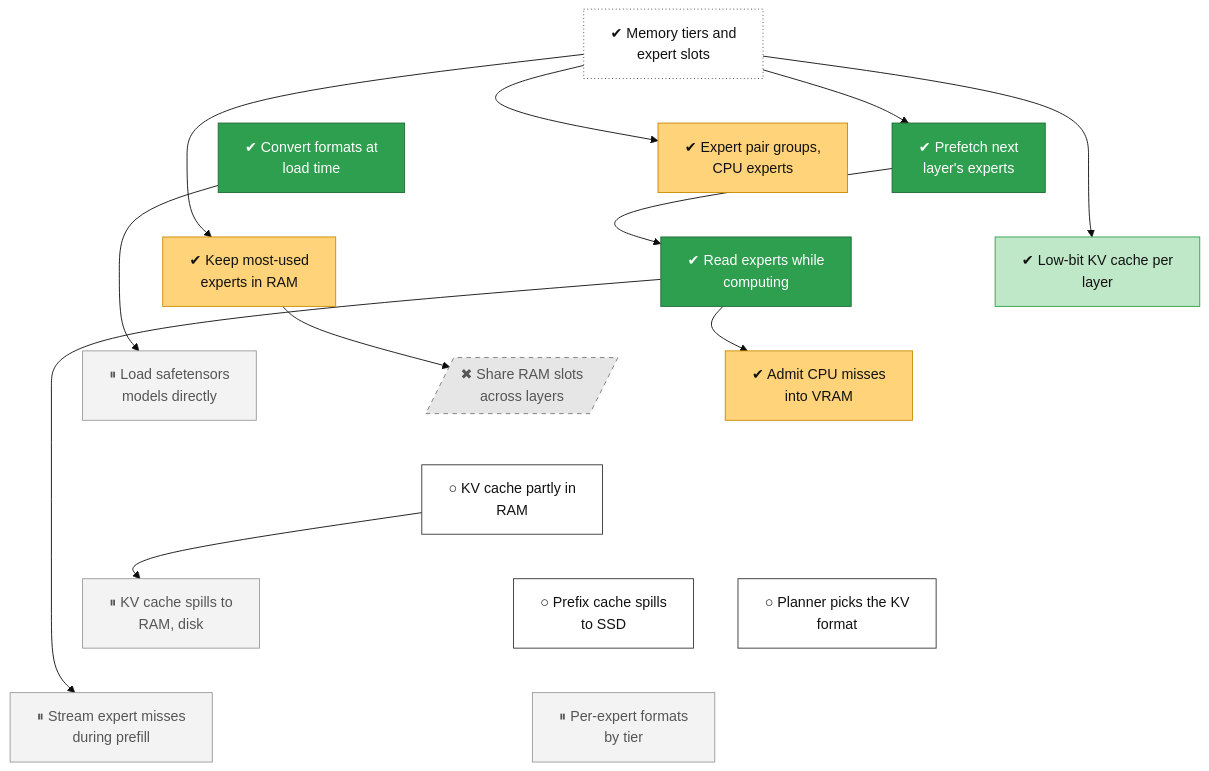
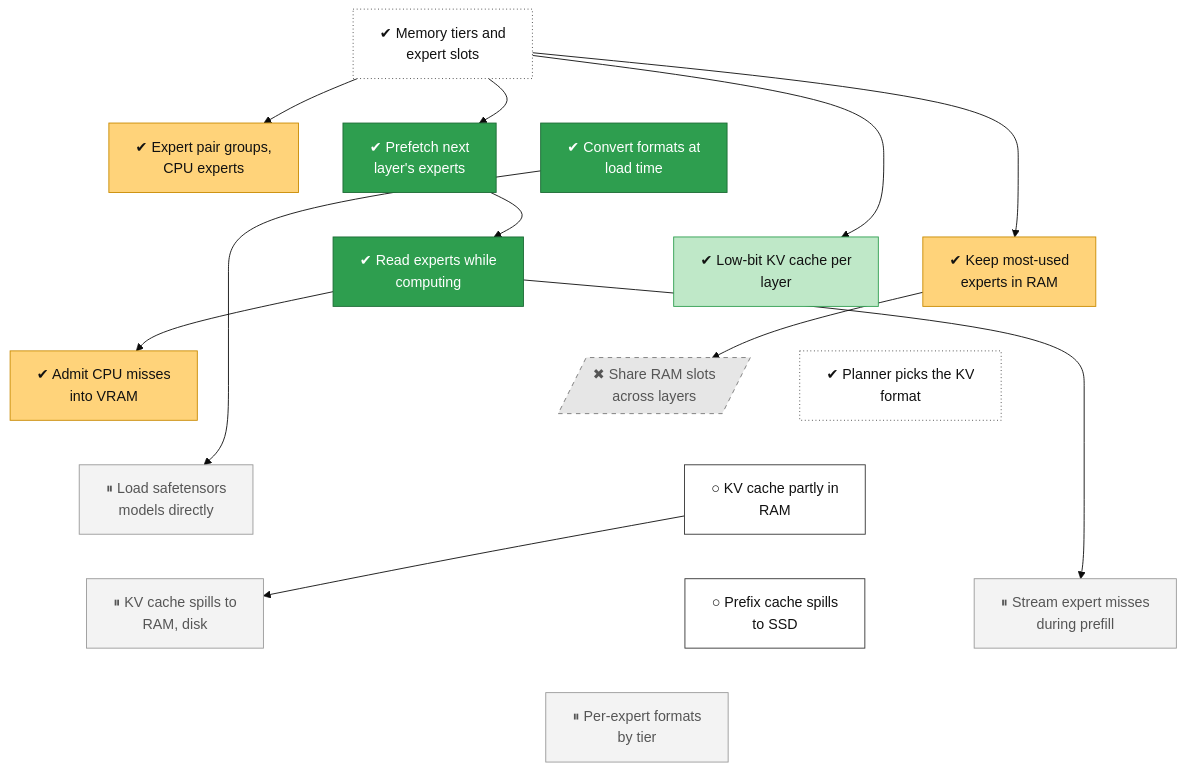
One commit to lhns/tetraeder changed the diagram in docs/roadmap/tracks/memory.md. Above: the diagram before and after it, drawn with Mermaid (base theme). The commit also changed other lines of this file and 4 other files, not shown here.

Commit message:
Tree: memory-kv-auto and planner-low-ram-modes done, new parked node planner-ram-slots-zero (after M2, ADR 0085 class 1; not measured)

````diff
--- a/docs/roadmap/tracks/memory.md
+++ b/docs/roadmap/tracks/memory.md
@@ -10,68 +10,68 @@
 ```mermaid
 flowchart TB
     memory_tiers["✔ Memory tiers and<br/>expert slots"]
     memory_pair_groups["✔ Expert pair groups,<br/>CPU experts"]
     memory_prefetch["✔ Prefetch next<br/>layer's experts"]
     memory_conversion["✔ Convert formats at<br/>load time"]
     memory_io_service["✔ Read experts while<br/>computing"]
     memory_low_bit_kv["✔ Low-bit KV cache per<br/>layer"]
     memory_ram_freq["✔ Keep most-used<br/>experts in RAM"]
     memory_adaptive_tier["✔ Admit CPU misses<br/>into VRAM"]
     memory_ram_pool[/"✖ Share RAM slots<br/>across layers"/]
+    memory_kv_auto["✔ Planner picks the KV<br/>format"]
     memory_safetensors["⏸ Load safetensors<br/>models directly"]
     memory_kv_host["○ KV cache partly in<br/>RAM"]
     memory_kv_tiers["⏸ KV cache spills to<br/>RAM, disk"]
-    memory_kv_auto["○ Planner picks the KV<br/>format"]
     memory_prefix_ssd["○ Prefix cache spills<br/>to SSD"]
     memory_prefill_misses["⏸ Stream expert misses<br/>during prefill"]
     memory_typed_slots["⏸ Per-expert formats<br/>by tier"]
     memory_tiers ~~~ memory_pair_groups
     memory_tiers ~~~ memory_prefetch
     memory_tiers ~~~ memory_conversion
     memory_pair_groups ~~~ memory_io_service
     memory_prefetch ~~~ memory_low_bit_kv
     memory_conversion ~~~ memory_ram_freq
     memory_io_service ~~~ memory_adaptive_tier
     memory_low_bit_kv ~~~ memory_ram_pool
-    memory_ram_freq ~~~ memory_safetensors
-    memory_adaptive_tier ~~~ memory_kv_host
+    memory_ram_freq ~~~ memory_kv_auto
+    memory_adaptive_tier ~~~ memory_safetensors
     memory_ram_pool ~~~ memory_kv_host
-    memory_safetensors ~~~ memory_kv_host
-    memory_kv_host ~~~ memory_kv_tiers
-    memory_kv_host ~~~ memory_kv_auto
+    memory_kv_auto ~~~ memory_kv_host
+    memory_safetensors ~~~ memory_kv_tiers
     memory_kv_host ~~~ memory_prefix_ssd
-    memory_kv_tiers ~~~ memory_prefill_misses
-    memory_kv_auto ~~~ memory_typed_slots
+    memory_kv_host ~~~ memory_prefill_misses
+    memory_kv_tiers ~~~ memory_typed_slots
     memory_prefix_ssd ~~~ memory_typed_slots
+    memory_prefill_misses ~~~ memory_typed_slots
     memory_tiers --> memory_pair_groups
     memory_tiers --> memory_prefetch
     memory_prefetch --> memory_io_service
     memory_tiers --> memory_low_bit_kv
     memory_tiers --> memory_ram_freq
     memory_io_service --> memory_adaptive_tier
     memory_ram_freq --> memory_ram_pool
     memory_conversion --> memory_safetensors
     memory_kv_host --> memory_kv_tiers
     memory_io_service --> memory_prefill_misses
     classDef vsucc fill:#2e9e4f,stroke:#1b6b34,color:#fff
     classDef succ fill:#bfe8c8,stroke:#2e9e4f,color:#111
     classDef mixed fill:#ffd37a,stroke:#c98a00,color:#111
     classDef bad fill:#f28b82,stroke:#b3261e,color:#111
     classDef dead fill:#e6e6e6,stroke:#777,stroke-dasharray:5 5,color:#555
     classDef inprog fill:#a8cdf5,stroke:#1f6fc5,color:#111
     classDef next fill:#fff,stroke:#333,color:#111
     classDef blocked fill:#fff,stroke:#b3261e,stroke-dasharray:2 2,color:#111
     classDef parked fill:#f3f3f3,stroke:#999,color:#555
     classDef unrated fill:#fff,stroke:#333,stroke-dasharray:1 3,color:#111
     classDef gate fill:#d9c2f0,stroke:#7b3fb5,color:#111
     classDef decided fill:#ece0f7,stroke:#7b3fb5,stroke-dasharray:2 2,color:#111
     classDef finding fill:#ffe0b2,stroke:#d84315,stroke-width:2px,color:#111
     classDef waiting fill:#e3f2fd,stroke:#1f6fc5,stroke-dasharray:5 5,color:#111
-    class memory_tiers unrated
+    class memory_tiers,memory_kv_auto unrated
     class memory_pair_groups,memory_ram_freq,memory_adaptive_tier mixed
     class memory_prefetch,memory_conversion,memory_io_service vsucc
     class memory_low_bit_kv succ
     class memory_ram_pool dead
     class memory_safetensors,memory_kv_tiers,memory_prefill_misses,memory_typed_slots parked
-    class memory_kv_host,memory_kv_auto,memory_prefix_ssd next
+    class memory_kv_host,memory_prefix_ssd next
 ```
````
